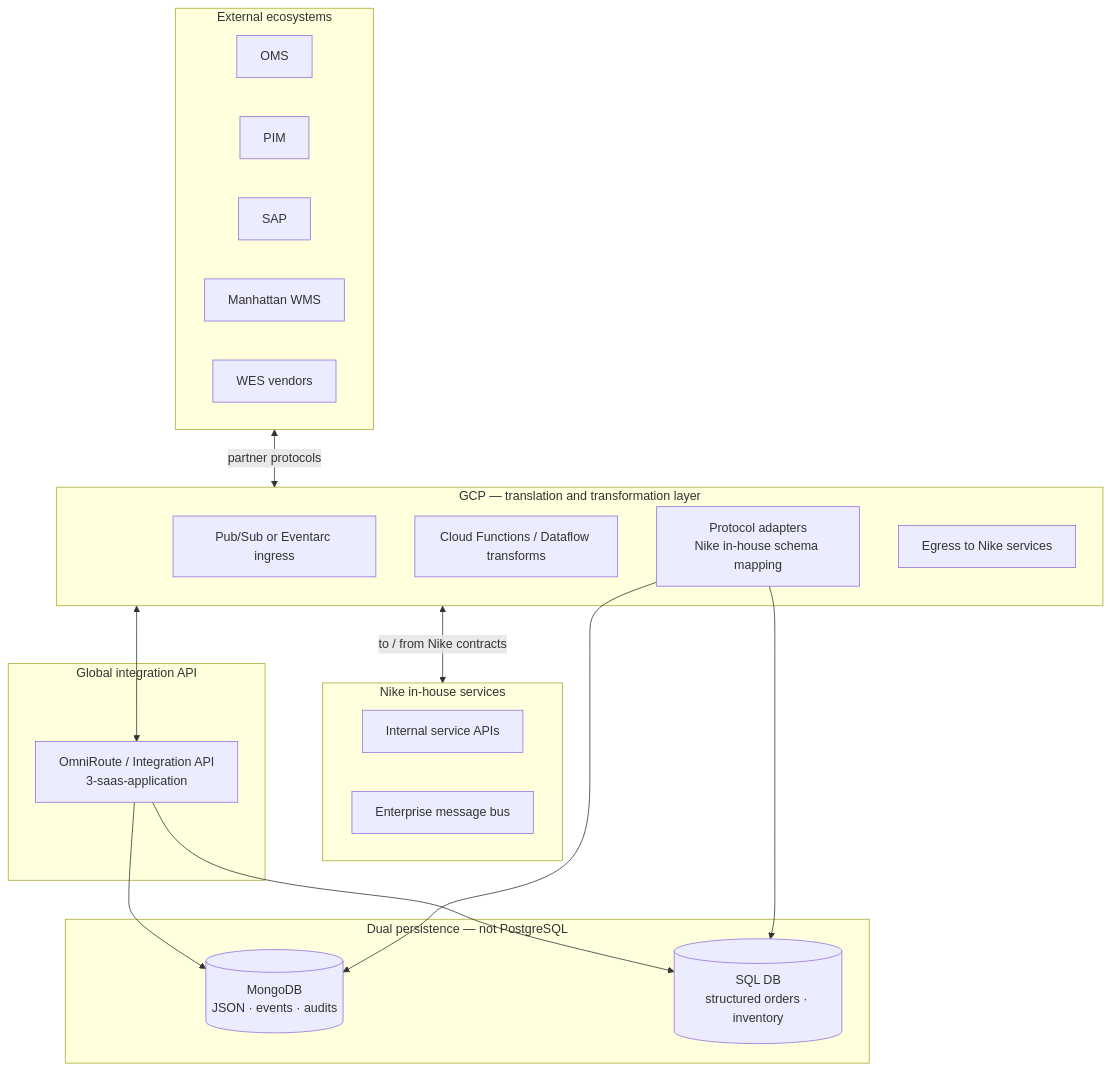
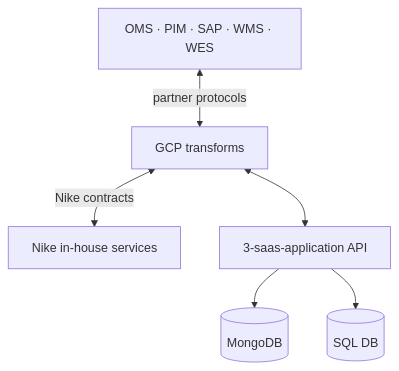
Before and after one commit to bharat2476/Integration: the second of 6 diagrams in README.md, drawn with Mermaid. The commit also changed other lines of this file, not shown here.

````diff
--- a/README.md
+++ b/README.md
@@ -64,39 +218,8 @@
 ```mermaid
 flowchart TB
-  subgraph partners [External ecosystems]
-    OMS_P[OMS]
-    PIM_P[PIM]
-    SAP_P[SAP]
-    MHT_P[Manhattan WMS]
-    WES_P[WES vendors]
-  end
-
-  subgraph gcp [GCP — translation and transformation layer]
-    PUB[Pub/Sub or Eventarc ingress]
-    CF[Cloud Functions / Dataflow transforms]
-    MAP[Protocol adapters\nNike in-house schema mapping]
-    EGRESS[Egress to Nike services]
-  end
-
-  subgraph nike [Nike in-house services]
-    NIKE_API[Internal service APIs]
-    NIKE_BUS[Enterprise message bus]
-  end
-
-  subgraph global_api [Global integration API]
-    OR[OmniRoute / Integration API\n3-saas-application]
-  end
-
-  subgraph data [Dual persistence — not PostgreSQL]
-    MONGO[(MongoDB\nJSON · events · audits)]
-    SQL[(SQL DB\nstructured orders · inventory)]
-  end
-
-  partners <-->|partner protocols| gcp
-  gcp <-->|to / from Nike contracts| nike
-  gcp <--> OR
-  OR --> MONGO
-  OR --> SQL
-  MAP --> MONGO
-  MAP --> SQL
+  partners[OMS · PIM · SAP · WMS · WES] <-->|partner protocols| gcp[GCP transforms]
+  gcp <-->|Nike contracts| nike[Nike in-house services]
+  gcp <--> api[3-saas-application API]
+  api --> mongo[(MongoDB)]
+  api --> sql[(SQL DB)]
 ```
````
